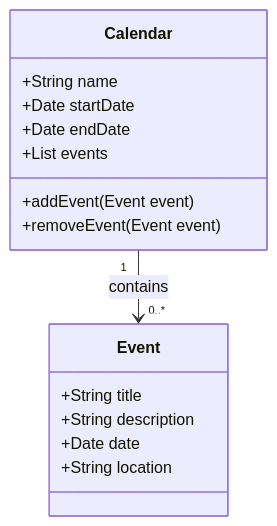
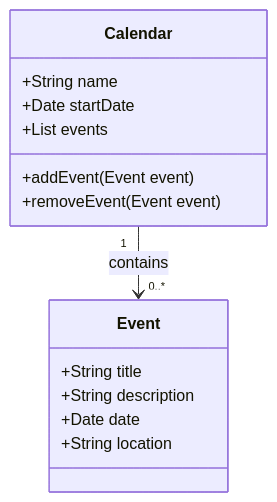
Before and after one commit to d1n35/claro-dio-API: the diagram in README.md, drawn with Mermaid.

````diff
--- a/README.md
+++ b/README.md
@@ -7,22 +7,21 @@
 ```mermaid
 classDiagram
     class Calendar {
         +String name
         +Date startDate
-        +Date endDate
         +List<Event> events
         +addEvent(Event event)
         +removeEvent(Event event)
     }
 
     class Event {
         +String title
         +String description
         +Date date
         +String location
     }
 
    
 
     Calendar "1" --> "0..*" Event : contains
 ```
````
